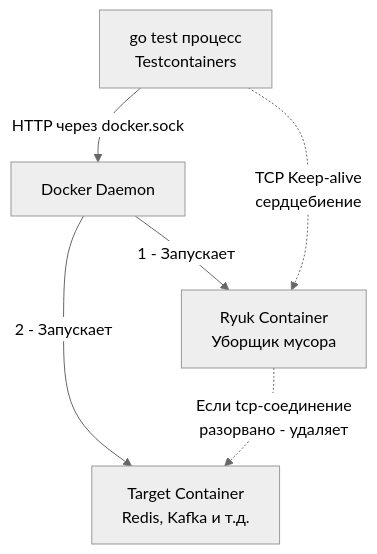
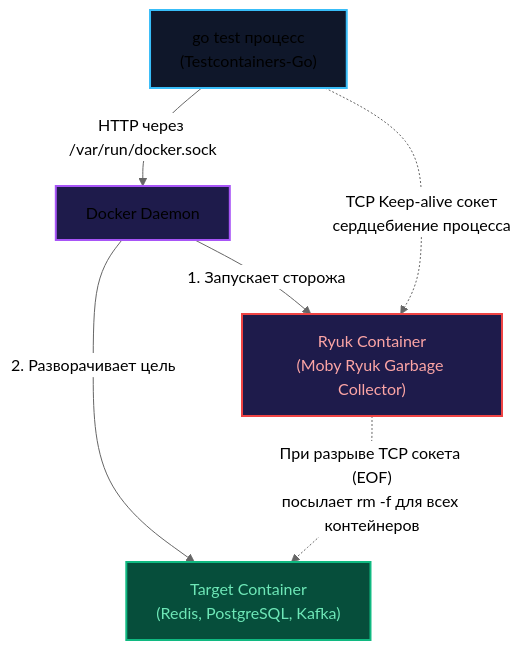
Before and after one commit to UnrealTemplier/go-textbook: the diagram in sources/15. Тестирование в Go (QA & Testing)/05. Интеграционные тесты/4. testcontainers go.md, drawn with Mermaid (neutral theme). The commit also changed other lines of this file, not shown here.

Commit message:
feat(module-15): editorial rewrite of lecture 4 (testcontainers go) in Subsection 5 in Kernighan style

````diff
--- a/sources/15. Тестирование в Go (QA & Testing)/05. Интеграционные тесты/4. testcontainers go.md
+++ b/sources/15. Тестирование в Go (QA & Testing)/05. Интеграционные тесты/4. testcontainers go.md
@@ -27,10 +34,15 @@
 ```mermaid
 flowchart TD
-    A["go test процесс<br>Testcontainers"] -->|"HTTP через docker.sock"| B["Docker Daemon"]
-    B -->|"1 - Запускает"| C["Ryuk Container<br>Уборщик мусора"]
-    B -->|"2 - Запускает"| D["Target Container<br>Redis, Kafka и т.д."]
+    A["go test процесс<br/>(Testcontainers-Go)"] -->|"HTTP через /var/run/docker.sock"| B["Docker Daemon"]
+    B -->|"1. Запускает сторожа"| C["Ryuk Container<br/>(Moby Ryuk Garbage Collector)"]
+    B -->|"2. Разворачивает цель"| D["Target Container<br/>(Redis, PostgreSQL, Kafka)"]
     
-    A -.->|"TCP Keep-alive<br>сердцебиение"| C
+    A -.->|"TCP Keep-alive сокет<br/>сердцебиение процесса"| C
     
-    C -.->|"Если tcp-соединение<br>разорвано - удаляет"| D
+    C -.->|"При разрыве TCP сокета (EOF)<br/>посылает rm -f для всех контейнеров"| D
+    
+    style A fill:#0f172a,stroke:#38bdf8,stroke-width:2px
+    style B fill:#1e1b4b,stroke:#a855f7,stroke-width:2px
+    style C fill:#1e1b4b,stroke:#ef4444,stroke-width:2px,color:#fca5a5
+    style D fill:#064e3b,stroke:#10b981,stroke-width:2px,color:#6ee7b7
 ```
````
